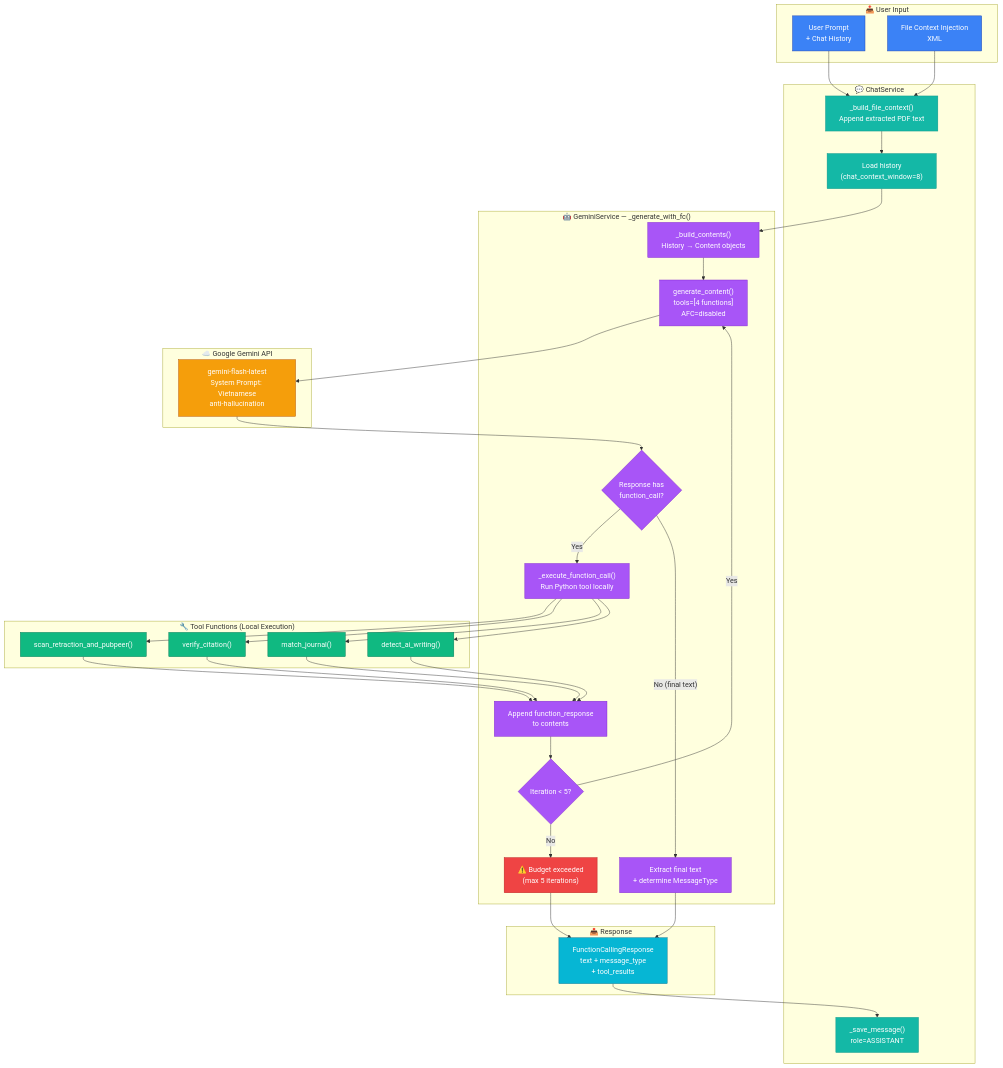
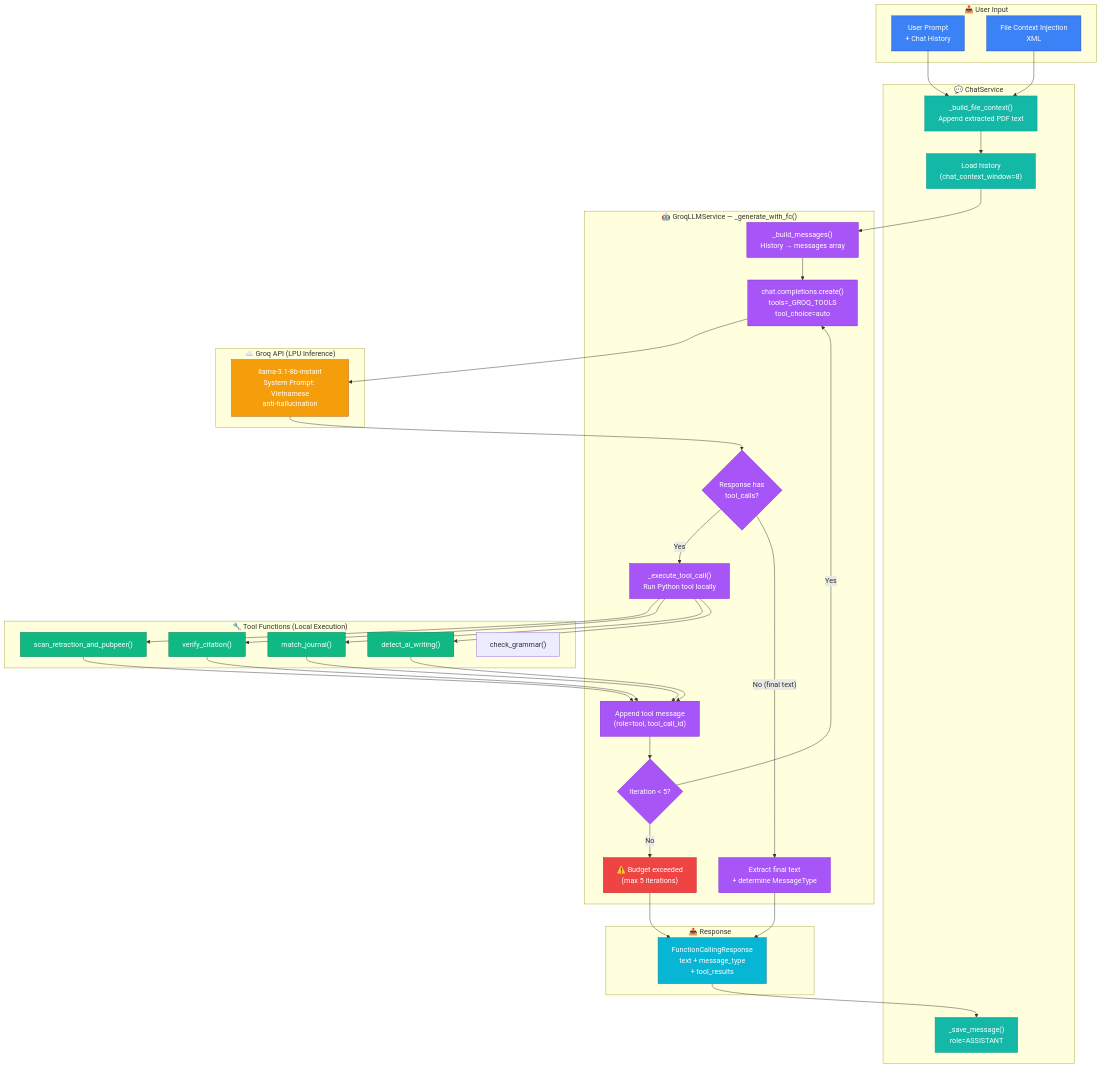
One commit to Nhan-Laptop/NT208.Q21.ANTN changed diagram 22 of 29 in architecture.md. Above: the diagram before and after it, drawn with Mermaid. The commit also changed other lines of this file and 16 other files, not shown here.

First line of the commit message:
docs: update architecture, README, CLAUDE.md — Groq + ChromaDB migration (Session 17)

```diff
--- a/architecture.md
+++ b/architecture.md
@@ -2321,12 +2336,12 @@
         SaveMsg["_save_message()<br/>role=ASSISTANT"]
     end
 
-    subgraph GEMINI_SVC["🤖 GeminiService — _generate_with_fc()"]
-        BuildContent["_build_contents()<br/>History → Content objects"]
-        GenContent["generate_content()<br/>tools=[4 functions]<br/>AFC=disabled"]
-        CheckResp{"Response has<br/>function_call?"}
-        ExecTool["_execute_function_call()<br/>Run Python tool locally"]
-        AppendFR["Append function_response<br/>to contents"]
+    subgraph GROQ_SVC["🤖 GroqLLMService — _generate_with_fc()"]
+        BuildContent["_build_messages()<br/>History → messages array"]
+        GenContent["chat.completions.create()<br/>tools=_GROQ_TOOLS<br/>tool_choice=auto"]
+        CheckResp{"Response has<br/>tool_calls?"}
+        ExecTool["_execute_tool_call()<br/>Run Python tool locally"]
+        AppendFR["Append tool message<br/>(role=tool, tool_call_id)"]
         IterCheck{"Iteration < 5?"}
         ExtractText["Extract final text<br/>+ determine MessageType"]
         BudgetExc["⚠️ Budget exceeded<br/>(max 5 iterations)"]
@@ -2337,10 +2352,11 @@
         T2["verify_citation()"]
         T3["match_journal()"]
         T4["detect_ai_writing()"]
+        T5["check_grammar()"]
     end
 
-    subgraph GEMINI_API["☁️ Google Gemini API"]
-        GModel["gemini-flash-latest<br/>System Prompt: Vietnamese<br/>anti-hallucination"]
+    subgraph GROQ_CLOUD["☁️ Groq API (LPU Inference)"]
+        GModel["llama-3.1-8b-instant<br/>System Prompt: Vietnamese<br/>anti-hallucination"]
     end
 
     subgraph RESPONSE["📤 Response"]
@@ -2377,7 +2393,7 @@
     %% Styles
     classDef input fill:#3b82f6,color:#fff,stroke:#1e40af
     classDef chatsvc fill:#14b8a6,color:#fff,stroke:#0d9488
-    classDef gemini fill:#a855f7,color:#fff,stroke:#7e22ce
+    classDef groq fill:#a855f7,color:#fff,stroke:#7e22ce
     classDef tools fill:#10b981,color:#fff,stroke:#047857
     classDef cloud fill:#f59e0b,color:#fff,stroke:#b45309
     classDef response fill:#06b6d4,color:#fff,stroke:#0e7490
@@ -2385,7 +2401,7 @@
 
     class Prompt,FileCtx input
     class BuildCtx,LoadHist,SaveMsg chatsvc
-    class BuildContent,GenContent,CheckResp,ExecTool,AppendFR,IterCheck,ExtractText gemini
+    class BuildContent,GenContent,CheckResp,ExecTool,AppendFR,IterCheck,ExtractText groq
     class T1,T2,T3,T4 tools
     class GModel cloud
     class FCResp response
```
